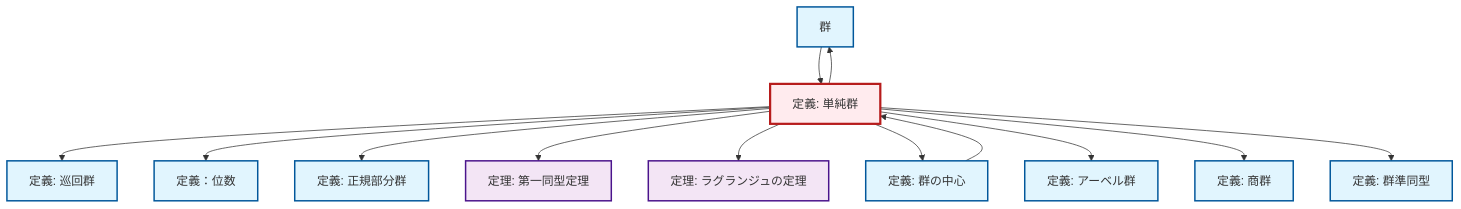
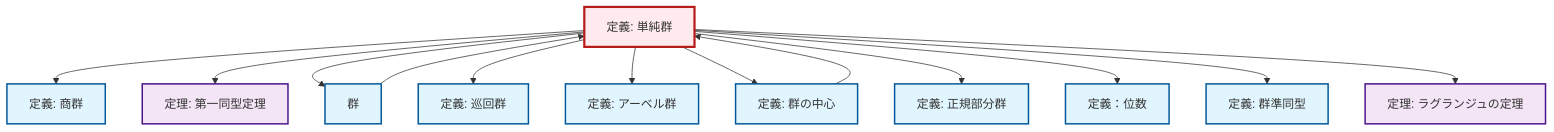
The diagram in content/ja/algebra/def-simple-group.qmd (RK0429/ModernMath), drawn with Mermaid before and after one commit. The commit also changed other lines of this file and 328 other files, not shown here.

````diff
--- a/content/ja/algebra/def-simple-group.qmd
+++ b/content/ja/algebra/def-simple-group.qmd
@@ -96,43 +96,43 @@
 ```{mermaid}
 %%| fig-cap: "ローカル依存関係グラフ"
 graph TD
     classDef definition fill:#e1f5fe,stroke:#01579b,stroke-width:2px
     classDef theorem fill:#f3e5f5,stroke:#4a148c,stroke-width:2px
     classDef axiom fill:#fff3e0,stroke:#e65100,stroke-width:2px
     classDef example fill:#e8f5e9,stroke:#1b5e20,stroke-width:2px
     classDef current fill:#ffebee,stroke:#b71c1c,stroke-width:3px
     def-normal-subgroup["定義: 正規部分群"]:::definition
+    def-order["定義：位数"]:::definition
     def-cyclic-group["定義: 巡回群"]:::definition
-    def-order["定義：位数"]:::definition
-    def-quotient-group["定義: 商群"]:::definition
-    thm-first-isomorphism["定理: 第一同型定理"]:::theorem
-    def-homomorphism["定義: 群準同型"]:::definition
-    def-group["群"]:::definition
-    thm-lagrange["定理: ラグランジュの定理"]:::theorem
-    def-center-of-group["定義: 群の中心"]:::definition
     def-simple-group["定義: 単純群"]:::definition
     def-abelian-group["定義: アーベル群"]:::definition
+    thm-lagrange["定理: ラグランジュの定理"]:::theorem
+    def-group["群"]:::definition
+    def-center-of-group["定義: 群の中心"]:::definition
+    def-homomorphism["定義: 群準同型"]:::definition
+    thm-first-isomorphism["定理: 第一同型定理"]:::theorem
+    def-quotient-group["定義: 商群"]:::definition
+    def-simple-group --> def-quotient-group
+    def-simple-group --> thm-first-isomorphism
+    def-simple-group --> def-group
+    def-center-of-group --> def-simple-group
     def-simple-group --> def-cyclic-group
+    def-simple-group --> def-abelian-group
+    def-simple-group --> def-center-of-group
+    def-simple-group --> def-normal-subgroup
+    def-group --> def-simple-group
     def-simple-group --> def-order
-    def-simple-group --> def-group
-    def-simple-group --> def-normal-subgroup
-    def-simple-group --> thm-first-isomorphism
+    def-simple-group --> def-homomorphism
     def-simple-group --> thm-lagrange
-    def-simple-group --> def-center-of-group
-    def-group --> def-simple-group
-    def-simple-group --> def-abelian-group
-    def-simple-group --> def-quotient-group
-    def-simple-group --> def-homomorphism
-    def-center-of-group --> def-simple-group
     class def-simple-group current
     click def-normal-subgroup "def-normal-subgroup.html" "正規部分群の定義へ"
+    click def-order "def-order.html" "定義：位数へ"
     click def-cyclic-group "def-cyclic-group.html" "巡回群の定義へ"
-    click def-order "def-order.html" "定義：位数へ"
+    click def-abelian-group "def-abelian-group.html" "アーベル群の定義へ"
+    click thm-lagrange "thm-lagrange.html" "ラグランジュの定理の定理へ"
+    click def-group "def-group.html" "群へ"
+    click def-center-of-group "def-center-of-group.html" "群の中心の定義へ"
+    click def-homomorphism "def-homomorphism.html" "群準同型の定義へ"
+    click thm-first-isomorphism "thm-first-isomorphism.html" "第一同型定理の定理へ"
     click def-quotient-group "def-quotient-group.html" "商群の定義へ"
-    click thm-first-isomorphism "thm-first-isomorphism.html" "第一同型定理の定理へ"
-    click def-homomorphism "def-homomorphism.html" "群準同型の定義へ"
-    click def-group "def-group.html" "群へ"
-    click thm-lagrange "thm-lagrange.html" "ラグランジュの定理の定理へ"
-    click def-center-of-group "def-center-of-group.html" "群の中心の定義へ"
-    click def-abelian-group "def-abelian-group.html" "アーベル群の定義へ"
 ```
````
